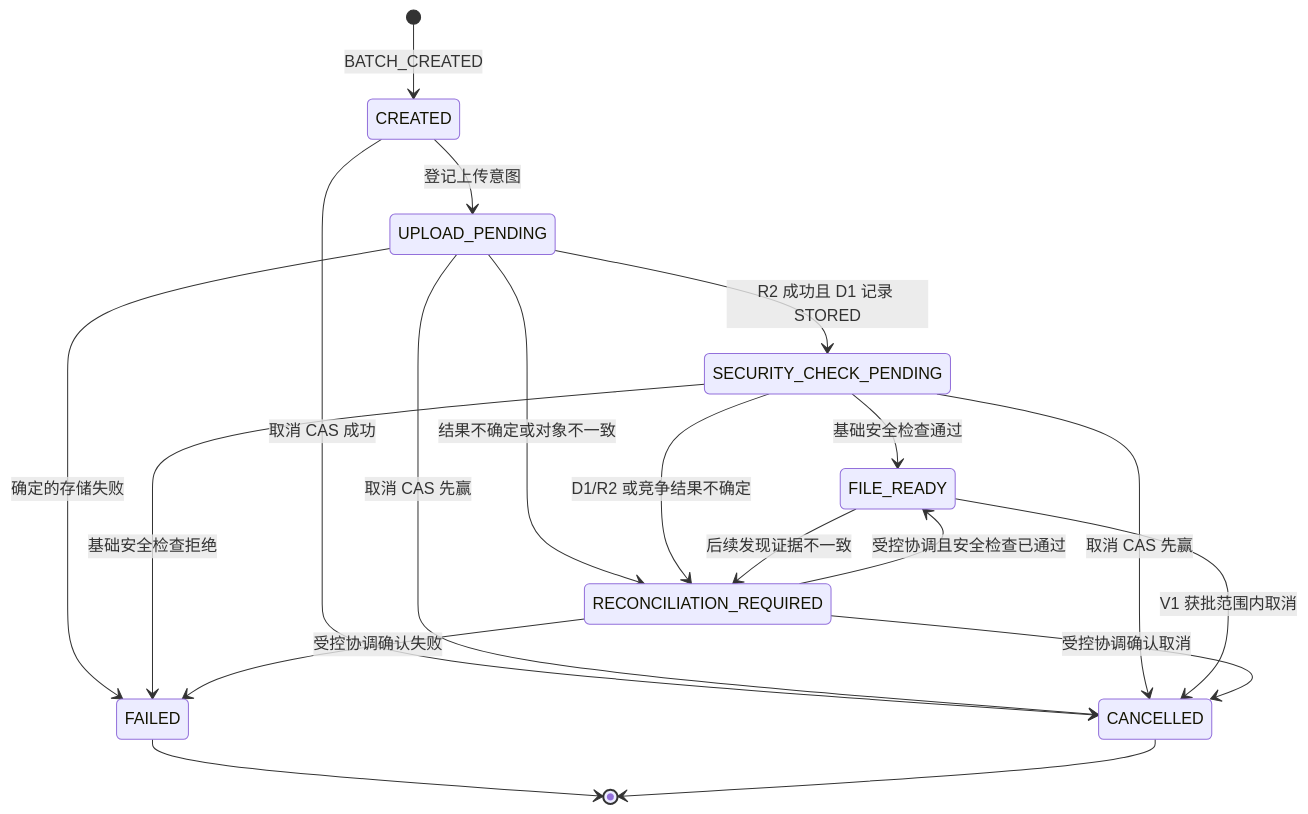
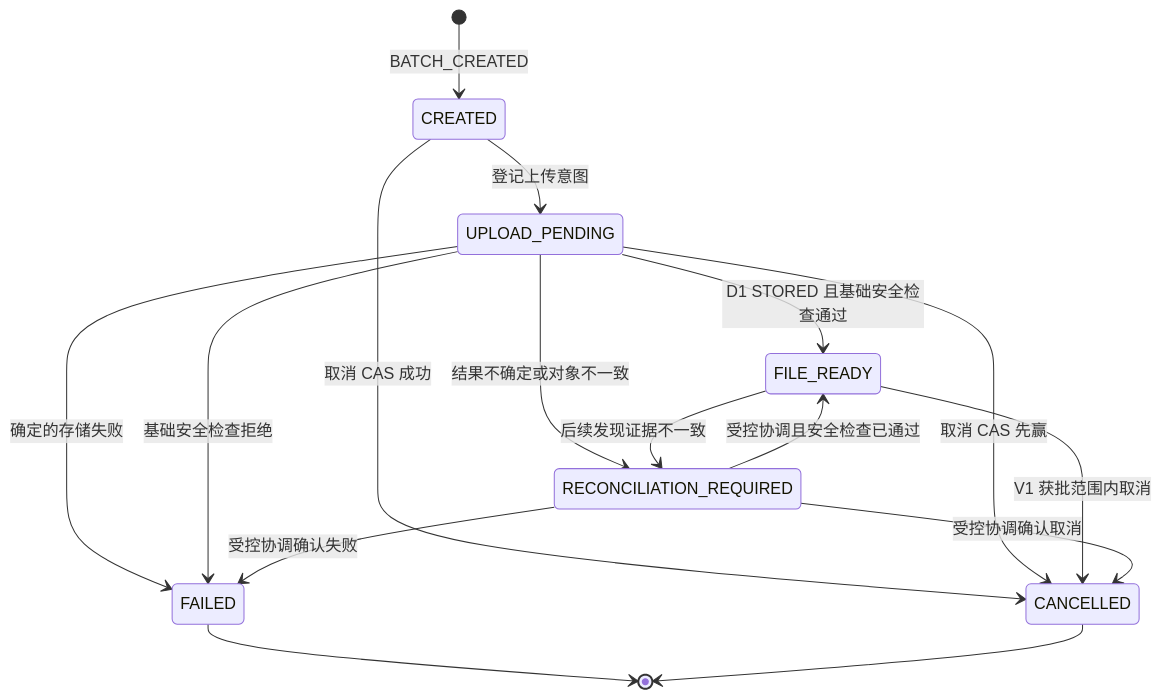
The third of 7 diagrams in docs/material-master/material-import-batch-v1-flow.md (3443176848/chenyida), drawn with Mermaid before and after one commit. The commit also changed other lines of this file and 24 other files, not shown here.

````diff
--- a/docs/material-master/material-import-batch-v1-flow.md
+++ b/docs/material-master/material-import-batch-v1-flow.md
@@ -96,26 +96,22 @@
 ```mermaid
 stateDiagram-v2
     [*] --> CREATED: BATCH_CREATED
     CREATED --> UPLOAD_PENDING: 登记上传意图
     CREATED --> CANCELLED: 取消 CAS 成功
 
-    UPLOAD_PENDING --> SECURITY_CHECK_PENDING: R2 成功且 D1 记录 STORED
+    UPLOAD_PENDING --> FILE_READY: D1 STORED 且基础安全检查通过
     UPLOAD_PENDING --> FAILED: 确定的存储失败
+    UPLOAD_PENDING --> FAILED: 基础安全检查拒绝
     UPLOAD_PENDING --> CANCELLED: 取消 CAS 先赢
     UPLOAD_PENDING --> RECONCILIATION_REQUIRED: 结果不确定或对象不一致
-
-    SECURITY_CHECK_PENDING --> FILE_READY: 基础安全检查通过
-    SECURITY_CHECK_PENDING --> FAILED: 基础安全检查拒绝
-    SECURITY_CHECK_PENDING --> CANCELLED: 取消 CAS 先赢
-    SECURITY_CHECK_PENDING --> RECONCILIATION_REQUIRED: D1/R2 或竞争结果不确定
 
     FILE_READY --> CANCELLED: V1 获批范围内取消
     FILE_READY --> RECONCILIATION_REQUIRED: 后续发现证据不一致
 
     RECONCILIATION_REQUIRED --> FILE_READY: 受控协调且安全检查已通过
     RECONCILIATION_REQUIRED --> FAILED: 受控协调确认失败
     RECONCILIATION_REQUIRED --> CANCELLED: 受控协调确认取消
 
     FAILED --> [*]
     CANCELLED --> [*]
 ```
````
